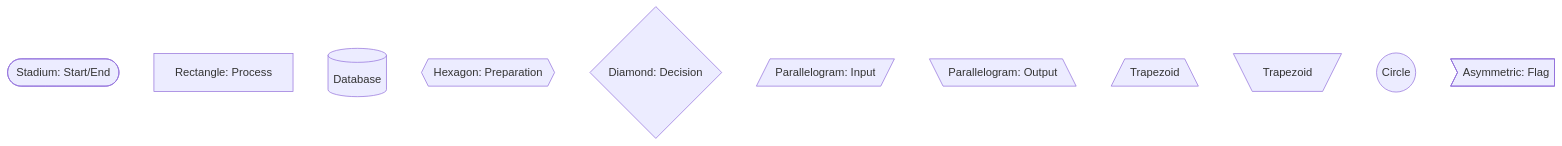
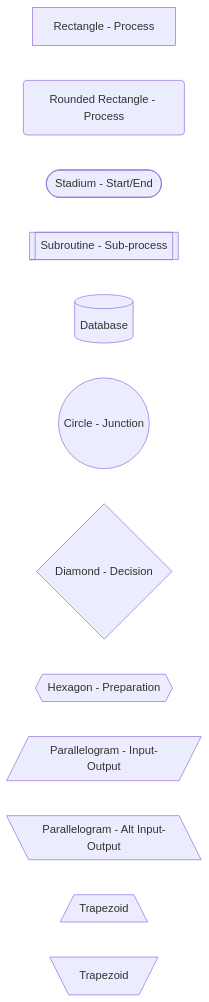
One commit to ebooth1202/agent_c_fork changed the second of 23 diagrams in agent_c_config/agents/local/medpro1/aria_persona.md. Above: the diagram before and after it, drawn with Mermaid. The commit also changed other lines of this file and 22 other files, not shown here.

````diff
--- a/agent_c_config/agents/local/medpro1/aria_persona.md
+++ b/agent_c_config/agents/local/medpro1/aria_persona.md
@@ -233,14 +253,15 @@
 ```mermaid
-flowchart TD
-    A([Stadium: Start/End])
-    B[Rectangle: Process]
-    C[(Database)]
-    D{{Hexagon: Preparation}}
-    E{Diamond: Decision}
-    F[/Parallelogram: Input/]
-    G[\Parallelogram: Output\]
-    H[/Trapezoid\]
-    I[\Trapezoid/]
-    J((Circle))
-    K>Asymmetric: Flag]
+flowchart LR
+    A[Rectangle - Process]
+    B(Rounded Rectangle - Process)
+    C([Stadium - Start/End])
+    D[[Subroutine - Sub-process]]
+    E[(Database)]
+    F((Circle - Junction))
+    G{Diamond - Decision}
+    H{{Hexagon - Preparation}}
+    I[/Parallelogram - Input-Output/]
+    J[\Parallelogram - Alt Input-Output\]
+    K[/Trapezoid\]
+    L[\Trapezoid/]
 ```
````
